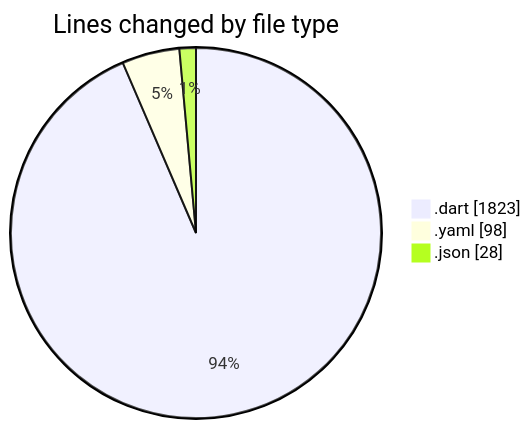
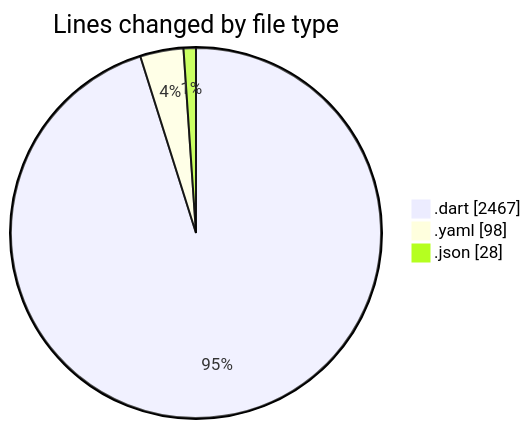
One commit to donsfak/code-tracking changed the first of 2 diagrams in 2025-11-01/weather_insights_app/README.md. Above: the diagram before and after it, drawn with Mermaid. The commit also changed other lines of this file and 1 other file, not shown here.

````diff
--- a/2025-11-01/weather_insights_app/README.md
+++ b/2025-11-01/weather_insights_app/README.md
@@ -28,7 +30,7 @@
 ```mermaid
 pie showData
 title Lines changed by file type
-".dart" : 1823
+".dart" : 2467
 ".yaml" : 98
 ".json" : 28
 ```
````
